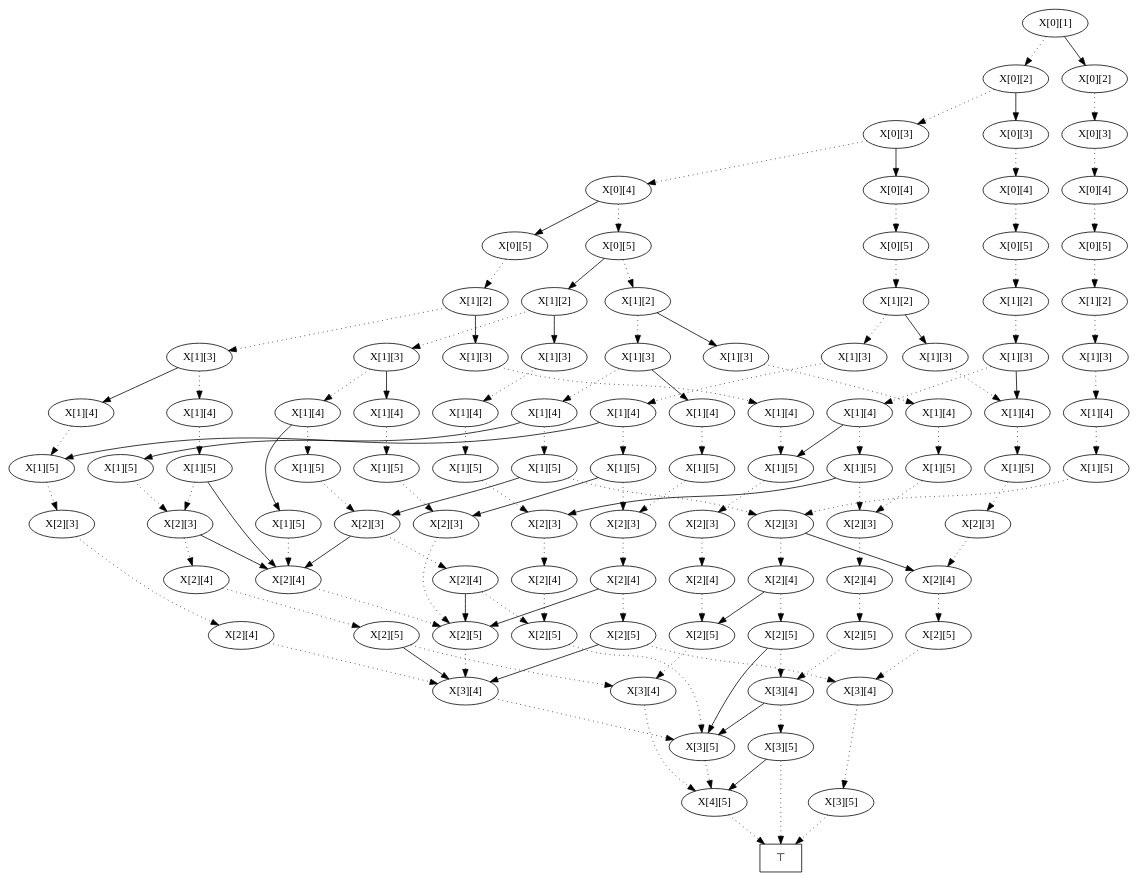
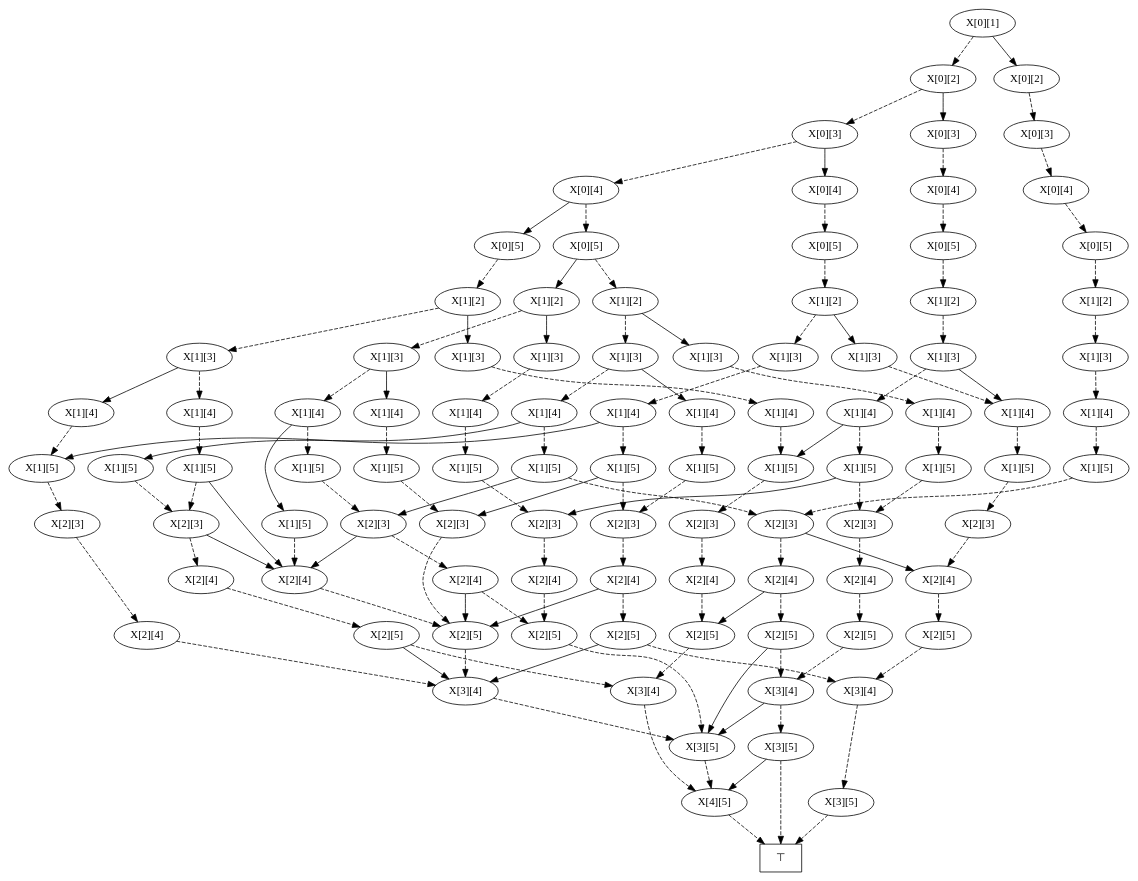
The diagram in examples/bdd/set_partition.dot (msk-ono/rdd), drawn with Graphviz before and after one commit. The commit also changed 7 other files, not shown here.

```diff
--- a/examples/bdd/set_partition.dot
+++ b/examples/bdd/set_partition.dot
@@ -1,225 +1,225 @@
 digraph SetPartition {
-    n910 [label="X[0][1]"];
-    n910 -> n901 [style=dotted];
-    n910 -> n909;
-    n909 [label="X[0][2]"];
-    n909 -> n908 [style=dotted];
-    n908 [label="X[0][3]"];
-    n908 -> n907 [style=dotted];
-    n907 [label="X[0][4]"];
-    n907 -> n906 [style=dotted];
-    n906 [label="X[0][5]"];
-    n906 -> n905 [style=dotted];
-    n905 [label="X[1][2]"];
-    n905 -> n904 [style=dotted];
-    n904 [label="X[1][3]"];
-    n904 -> n903 [style=dotted];
-    n903 [label="X[1][4]"];
-    n903 -> n902 [style=dotted];
-    n902 [label="X[1][5]"];
-    n902 -> n880 [style=dotted];
-    n880 [label="X[2][3]"];
-    n880 -> n879 [style=dotted];
-    n880 -> n352;
-    n352 [label="X[2][4]"];
-    n352 -> n346 [style=dotted];
-    n346 [label="X[2][5]"];
-    n346 -> n345 [style=dotted];
-    n345 [label="X[3][4]"];
-    n345 -> n343 [style=dotted];
-    n343 [label="X[3][5]"];
-    n343 -> n1 [style=dotted];
-    n879 [label="X[2][4]"];
-    n879 -> n878 [style=dotted];
-    n879 -> n527;
-    n527 [label="X[2][5]"];
-    n527 -> n514 [style=dotted];
-    n514 [label="X[3][4]"];
-    n514 -> n512 [style=dotted];
-    n512 [label="X[4][5]"];
-    n512 -> n1 [style=dotted];
-    n878 [label="X[2][5]"];
-    n878 -> n877 [style=dotted];
-    n878 -> n516;
-    n516 [label="X[3][5]"];
-    n516 -> n512 [style=dotted];
-    n877 [label="X[3][4]"];
-    n877 -> n876 [style=dotted];
-    n877 -> n516;
-    n876 [label="X[3][5]"];
-    n876 -> n1 [style=dotted];
-    n876 -> n512;
-    n901 [label="X[0][2]"];
-    n901 -> n893 [style=dotted];
-    n901 -> n900;
-    n900 [label="X[0][3]"];
-    n900 -> n899 [style=dotted];
-    n899 [label="X[0][4]"];
-    n899 -> n898 [style=dotted];
-    n898 [label="X[0][5]"];
-    n898 -> n897 [style=dotted];
-    n897 [label="X[1][2]"];
-    n897 -> n896 [style=dotted];
-    n896 [label="X[1][3]"];
-    n896 -> n895 [style=dotted];
-    n896 -> n355;
-    n355 [label="X[1][4]"];
-    n355 -> n354 [style=dotted];
-    n354 [label="X[1][5]"];
-    n354 -> n353 [style=dotted];
-    n353 [label="X[2][3]"];
-    n353 -> n352 [style=dotted];
-    n895 [label="X[1][4]"];
-    n895 -> n894 [style=dotted];
-    n895 -> n530;
-    n530 [label="X[1][5]"];
-    n530 -> n529 [style=dotted];
-    n529 [label="X[2][3]"];
-    n529 -> n528 [style=dotted];
-    n528 [label="X[2][4]"];
-    n528 -> n527 [style=dotted];
-    n894 [label="X[1][5]"];
-    n894 -> n886 [style=dotted];
-    n894 -> n732;
-    n732 [label="X[2][3]"];
-    n732 -> n731 [style=dotted];
-    n731 [label="X[2][4]"];
-    n731 -> n722 [style=dotted];
-    n722 [label="X[2][5]"];
-    n722 -> n516 [style=dotted];
-    n886 [label="X[2][3]"];
-    n886 -> n885 [style=dotted];
-    n885 [label="X[2][4]"];
-    n885 -> n884 [style=dotted];
-    n884 [label="X[2][5]"];
-    n884 -> n877 [style=dotted];
-    n893 [label="X[0][3]"];
-    n893 -> n892 [style=dotted];
-    n893 -> n863;
-    n863 [label="X[0][4]"];
-    n863 -> n862 [style=dotted];
-    n862 [label="X[0][5]"];
-    n862 -> n861 [style=dotted];
-    n861 [label="X[1][2]"];
-    n861 -> n860 [style=dotted];
-    n861 -> n356;
-    n356 [label="X[1][3]"];
-    n356 -> n355 [style=dotted];
-    n860 [label="X[1][3]"];
-    n860 -> n859 [style=dotted];
-    n859 [label="X[1][4]"];
-    n859 -> n858 [style=dotted];
-    n859 -> n524;
-    n524 [label="X[1][5]"];
-    n524 -> n523 [style=dotted];
-    n523 [label="X[2][3]"];
-    n523 -> n522 [style=dotted];
-    n522 [label="X[2][4]"];
-    n522 -> n517 [style=dotted];
-    n517 [label="X[3][4]"];
-    n517 -> n516 [style=dotted];
-    n858 [label="X[1][5]"];
-    n858 -> n851 [style=dotted];
-    n858 -> n727;
-    n727 [label="X[2][3]"];
-    n727 -> n518 [style=dotted];
-    n518 [label="X[2][5]"];
-    n518 -> n517 [style=dotted];
-    n851 [label="X[2][3]"];
-    n851 -> n850 [style=dotted];
-    n850 [label="X[2][4]"];
-    n850 -> n849 [style=dotted];
-    n850 -> n518;
-    n849 [label="X[2][5]"];
-    n849 -> n345 [style=dotted];
-    n849 -> n517;
-    n892 [label="X[0][4]"];
-    n892 -> n891 [style=dotted];
-    n892 -> n829;
-    n829 [label="X[0][5]"];
-    n829 -> n828 [style=dotted];
-    n828 [label="X[1][2]"];
-    n828 -> n827 [style=dotted];
-    n828 -> n532;
-    n532 [label="X[1][3]"];
-    n532 -> n531 [style=dotted];
-    n531 [label="X[1][4]"];
-    n531 -> n530 [style=dotted];
-    n827 [label="X[1][3]"];
-    n827 -> n826 [style=dotted];
-    n827 -> n525;
-    n525 [label="X[1][4]"];
-    n525 -> n524 [style=dotted];
-    n826 [label="X[1][4]"];
-    n826 -> n825 [style=dotted];
-    n825 [label="X[1][5]"];
-    n825 -> n819 [style=dotted];
-    n825 -> n519;
-    n519 [label="X[2][4]"];
-    n519 -> n518 [style=dotted];
-    n819 [label="X[2][3]"];
-    n819 -> n818 [style=dotted];
-    n819 -> n519;
-    n818 [label="X[2][4]"];
-    n818 -> n817 [style=dotted];
-    n817 [label="X[2][5]"];
-    n817 -> n514 [style=dotted];
-    n817 -> n517;
-    n891 [label="X[0][5]"];
-    n891 -> n890 [style=dotted];
-    n891 -> n736;
-    n736 [label="X[1][2]"];
-    n736 -> n730 [style=dotted];
-    n736 -> n735;
-    n735 [label="X[1][3]"];
-    n735 -> n734 [style=dotted];
-    n734 [label="X[1][4]"];
-    n734 -> n733 [style=dotted];
-    n733 [label="X[1][5]"];
-    n733 -> n732 [style=dotted];
-    n730 [label="X[1][3]"];
-    n730 -> n726 [style=dotted];
-    n730 -> n729;
-    n729 [label="X[1][4]"];
-    n729 -> n728 [style=dotted];
-    n728 [label="X[1][5]"];
-    n728 -> n727 [style=dotted];
-    n726 [label="X[1][4]"];
-    n726 -> n725 [style=dotted];
-    n726 -> n706;
-    n706 [label="X[1][5]"];
-    n706 -> n519 [style=dotted];
-    n725 [label="X[1][5]"];
-    n725 -> n724 [style=dotted];
-    n724 [label="X[2][3]"];
-    n724 -> n723 [style=dotted];
-    n724 -> n519;
-    n723 [label="X[2][4]"];
-    n723 -> n722 [style=dotted];
-    n723 -> n518;
-    n890 [label="X[1][2]"];
-    n890 -> n883 [style=dotted];
-    n890 -> n889;
-    n889 [label="X[1][3]"];
-    n889 -> n888 [style=dotted];
-    n888 [label="X[1][4]"];
-    n888 -> n887 [style=dotted];
-    n887 [label="X[1][5]"];
-    n887 -> n886 [style=dotted];
-    n883 [label="X[1][3]"];
-    n883 -> n882 [style=dotted];
-    n883 -> n853;
-    n853 [label="X[1][4]"];
-    n853 -> n852 [style=dotted];
-    n852 [label="X[1][5]"];
-    n852 -> n851 [style=dotted];
-    n882 [label="X[1][4]"];
-    n882 -> n881 [style=dotted];
-    n882 -> n820;
-    n820 [label="X[1][5]"];
-    n820 -> n819 [style=dotted];
-    n881 [label="X[1][5]"];
-    n881 -> n880 [style=dotted];
-    n881 -> n724;
+    n96 [label="X[0][1]"];
+    n95 [label="X[0][2]"];
+    n94 [label="X[0][2]"];
+    n93 [label="X[0][3]"];
+    n92 [label="X[0][3]"];
+    n91 [label="X[0][3]"];
+    n90 [label="X[0][4]"];
+    n89 [label="X[0][4]"];
+    n88 [label="X[0][4]"];
+    n87 [label="X[0][4]"];
+    n86 [label="X[0][5]"];
+    n85 [label="X[0][5]"];
+    n84 [label="X[0][5]"];
+    n83 [label="X[0][5]"];
+    n82 [label="X[0][5]"];
+    n81 [label="X[1][2]"];
+    n80 [label="X[1][2]"];
+    n79 [label="X[1][2]"];
+    n78 [label="X[1][2]"];
+    n77 [label="X[1][2]"];
+    n76 [label="X[1][2]"];
+    n75 [label="X[1][3]"];
+    n74 [label="X[1][3]"];
+    n73 [label="X[1][3]"];
+    n72 [label="X[1][3]"];
+    n71 [label="X[1][3]"];
+    n70 [label="X[1][3]"];
+    n69 [label="X[1][3]"];
+    n68 [label="X[1][3]"];
+    n67 [label="X[1][3]"];
+    n66 [label="X[1][3]"];
+    n65 [label="X[1][4]"];
+    n64 [label="X[1][4]"];
+    n63 [label="X[1][4]"];
+    n62 [label="X[1][4]"];
+    n61 [label="X[1][4]"];
+    n60 [label="X[1][4]"];
+    n59 [label="X[1][4]"];
+    n58 [label="X[1][4]"];
+    n57 [label="X[1][4]"];
+    n56 [label="X[1][4]"];
+    n55 [label="X[1][4]"];
+    n54 [label="X[1][4]"];
+    n53 [label="X[1][4]"];
+    n52 [label="X[1][5]"];
+    n51 [label="X[1][5]"];
+    n50 [label="X[1][5]"];
+    n49 [label="X[1][5]"];
+    n48 [label="X[1][5]"];
+    n47 [label="X[1][5]"];
+    n46 [label="X[1][5]"];
+    n45 [label="X[1][5]"];
+    n44 [label="X[1][5]"];
+    n43 [label="X[1][5]"];
+    n42 [label="X[1][5]"];
+    n41 [label="X[1][5]"];
+    n40 [label="X[1][5]"];
+    n39 [label="X[1][5]"];
+    n38 [label="X[1][5]"];
+    n37 [label="X[2][3]"];
+    n36 [label="X[2][3]"];
+    n35 [label="X[2][3]"];
+    n34 [label="X[2][3]"];
+    n33 [label="X[2][3]"];
+    n32 [label="X[2][3]"];
+    n31 [label="X[2][3]"];
+    n30 [label="X[2][3]"];
+    n29 [label="X[2][3]"];
+    n28 [label="X[2][3]"];
+    n27 [label="X[2][4]"];
+    n26 [label="X[2][4]"];
+    n25 [label="X[2][4]"];
+    n24 [label="X[2][4]"];
+    n23 [label="X[2][4]"];
+    n22 [label="X[2][4]"];
+    n21 [label="X[2][4]"];
+    n20 [label="X[2][4]"];
+    n19 [label="X[2][4]"];
+    n18 [label="X[2][4]"];
+    n17 [label="X[2][5]"];
+    n16 [label="X[2][5]"];
+    n15 [label="X[2][5]"];
+    n14 [label="X[2][5]"];
+    n13 [label="X[2][5]"];
+    n12 [label="X[2][5]"];
+    n11 [label="X[2][5]"];
+    n10 [label="X[2][5]"];
+    n9 [label="X[3][4]"];
+    n8 [label="X[3][4]"];
+    n7 [label="X[3][4]"];
+    n6 [label="X[3][4]"];
+    n5 [label="X[3][5]"];
+    n4 [label="X[3][5]"];
+    n3 [label="X[3][5]"];
+    n2 [label="X[4][5]"];
     n1 [label="⊤", shape = box];
+    n96 -> n94 [style=dashed];
+    n96 -> n95 [style=solid];
+    n95 -> n92 [style=dashed];
+    n94 -> n93 [style=dashed];
+    n94 -> n91 [style=solid];
+    n93 -> n89 [style=dashed];
+    n93 -> n90 [style=solid];
+    n92 -> n88 [style=dashed];
+    n91 -> n87 [style=dashed];
+    n90 -> n86 [style=dashed];
+    n89 -> n82 [style=dashed];
+    n89 -> n83 [style=solid];
+    n88 -> n85 [style=dashed];
+    n87 -> n84 [style=dashed];
+    n86 -> n81 [style=dashed];
+    n85 -> n79 [style=dashed];
+    n84 -> n78 [style=dashed];
+    n83 -> n76 [style=dashed];
+    n82 -> n80 [style=dashed];
+    n82 -> n77 [style=solid];
+    n81 -> n66 [style=dashed];
+    n81 -> n69 [style=solid];
+    n80 -> n67 [style=dashed];
+    n80 -> n68 [style=solid];
+    n79 -> n75 [style=dashed];
+    n78 -> n74 [style=dashed];
+    n77 -> n70 [style=dashed];
+    n77 -> n71 [style=solid];
+    n76 -> n72 [style=dashed];
+    n76 -> n73 [style=solid];
+    n75 -> n55 [style=dashed];
+    n74 -> n60 [style=dashed];
+    n74 -> n61 [style=solid];
+    n73 -> n59 [style=dashed];
+    n72 -> n58 [style=dashed];
+    n72 -> n65 [style=solid];
+    n71 -> n53 [style=dashed];
+    n70 -> n64 [style=dashed];
+    n70 -> n54 [style=solid];
+    n69 -> n61 [style=dashed];
+    n68 -> n56 [style=dashed];
+    n67 -> n63 [style=dashed];
+    n67 -> n62 [style=solid];
+    n66 -> n57 [style=dashed];
+    n65 -> n50 [style=dashed];
+    n64 -> n46 [style=dashed];
+    n64 -> n44 [style=solid];
+    n63 -> n41 [style=dashed];
+    n63 -> n43 [style=solid];
+    n62 -> n38 [style=dashed];
+    n61 -> n40 [style=dashed];
+    n60 -> n45 [style=dashed];
+    n60 -> n52 [style=solid];
+    n59 -> n52 [style=dashed];
+    n58 -> n49 [style=dashed];
+    n57 -> n42 [style=dashed];
+    n57 -> n50 [style=solid];
+    n56 -> n47 [style=dashed];
+    n55 -> n39 [style=dashed];
+    n54 -> n51 [style=dashed];
+    n53 -> n48 [style=dashed];
+    n52 -> n36 [style=dashed];
+    n51 -> n35 [style=dashed];
+    n50 -> n34 [style=dashed];
+    n49 -> n37 [style=dashed];
+    n49 -> n26 [style=solid];
+    n48 -> n33 [style=dashed];
+    n47 -> n31 [style=dashed];
+    n46 -> n29 [style=dashed];
+    n45 -> n31 [style=dashed];
+    n45 -> n33 [style=solid];
+    n44 -> n26 [style=dashed];
+    n43 -> n37 [style=dashed];
+    n42 -> n30 [style=dashed];
+    n42 -> n35 [style=solid];
+    n41 -> n28 [style=dashed];
+    n41 -> n29 [style=solid];
+    n40 -> n32 [style=dashed];
+    n39 -> n28 [style=dashed];
+    n38 -> n30 [style=dashed];
+    n37 -> n22 [style=dashed];
+    n37 -> n26 [style=solid];
+    n36 -> n21 [style=dashed];
+    n35 -> n11 [style=dashed];
+    n34 -> n27 [style=dashed];
+    n33 -> n19 [style=dashed];
+    n32 -> n25 [style=dashed];
+    n31 -> n24 [style=dashed];
+    n30 -> n20 [style=dashed];
+    n29 -> n18 [style=dashed];
+    n29 -> n26 [style=solid];
+    n28 -> n23 [style=dashed];
+    n28 -> n25 [style=solid];
+    n27 -> n9 [style=dashed];
+    n26 -> n11 [style=dashed];
+    n25 -> n14 [style=dashed];
+    n24 -> n16 [style=dashed];
+    n23 -> n10 [style=dashed];
+    n23 -> n17 [style=solid];
+    n22 -> n15 [style=dashed];
+    n21 -> n17 [style=dashed];
+    n20 -> n12 [style=dashed];
+    n20 -> n11 [style=solid];
+    n19 -> n13 [style=dashed];
+    n18 -> n13 [style=dashed];
+    n18 -> n11 [style=solid];
+    n17 -> n8 [style=dashed];
+    n16 -> n6 [style=dashed];
+    n15 -> n8 [style=dashed];
+    n15 -> n9 [style=solid];
+    n14 -> n7 [style=dashed];
+    n13 -> n5 [style=dashed];
+    n12 -> n7 [style=dashed];
+    n12 -> n9 [style=solid];
+    n11 -> n9 [style=dashed];
+    n10 -> n6 [style=dashed];
+    n10 -> n5 [style=solid];
+    n9 -> n5 [style=dashed];
+    n8 -> n2 [style=dashed];
+    n7 -> n3 [style=dashed];
+    n6 -> n4 [style=dashed];
+    n6 -> n5 [style=solid];
+    n5 -> n2 [style=dashed];
+    n4 -> n1 [style=dashed];
+    n4 -> n2 [style=solid];
+    n3 -> n1 [style=dashed];
+    n2 -> n1 [style=dashed];
 }
```
